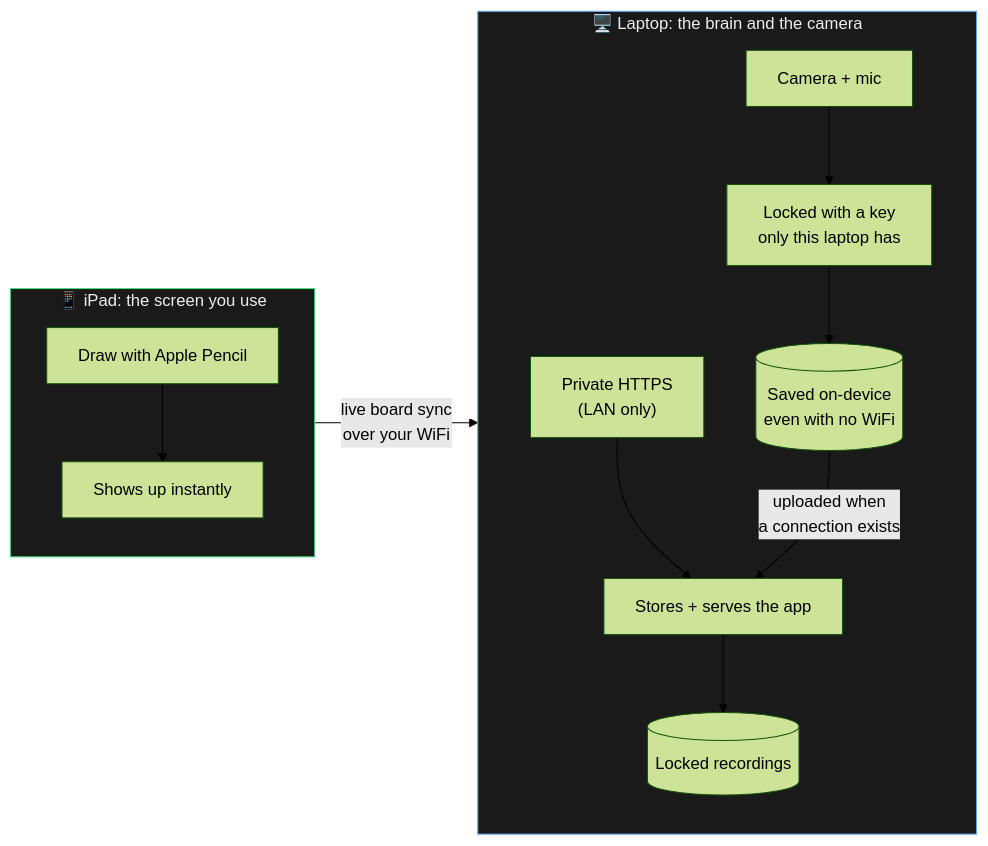
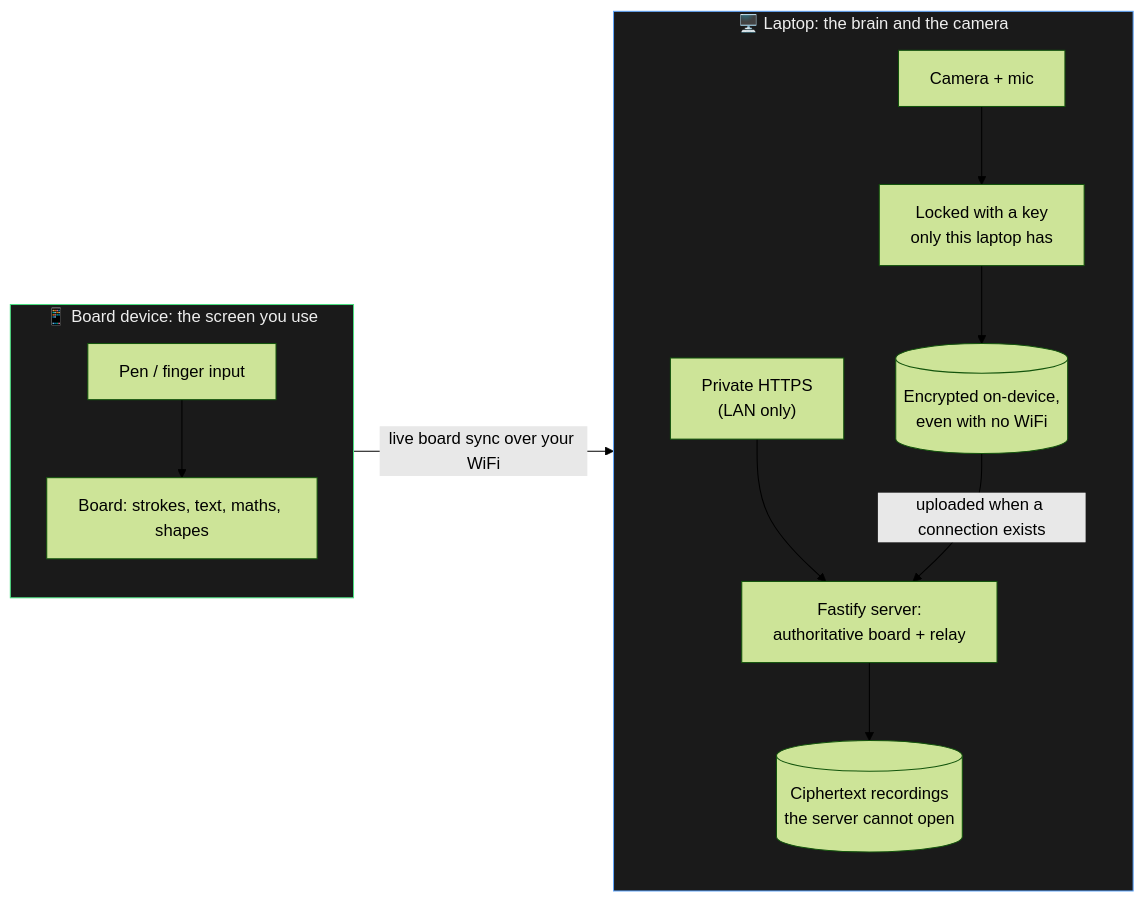
Before and after one commit to KevinTrinhDev/inkboard: the diagram in README.md, drawn with Mermaid (forest theme). The commit also changed other lines of this file, not shown here.

First line of the commit message:
README: rewrite with real screenshots, device/pen matrix, features

````diff
--- a/README.md
+++ b/README.md
@@ -97,23 +155,23 @@
 ```mermaid
 flowchart LR
-    subgraph iPad["📱 iPad: the screen you use"]
+    subgraph board["📱 Board device: the screen you use"]
         direction TB
-        pencil["Draw with Apple Pencil"] --> canvas["Shows up instantly"]
+        pen["Pen / finger input"] --> canvas["Board: strokes, text, maths, shapes"]
     end
 
     subgraph xps["🖥️ Laptop: the brain and the camera"]
         direction TB
         cam["Camera + mic"] --> lock["Locked with a key<br/>only this laptop has"]
-        lock --> queue[("Saved on-device<br/>even with no WiFi")]
-        caddy["Private HTTPS<br/>(LAN only)"] --> server["Stores + serves the app"]
-        server --> disk[("Locked recordings")]
+        lock --> queue[("Encrypted on-device,<br/>even with no WiFi")]
+        caddy["Private HTTPS<br/>(LAN only)"] --> server["Fastify server:<br/>authoritative board + relay"]
+        server --> disk[("Ciphertext recordings<br/>the server cannot open")]
     end
 
-    canvas -->|"live board sync<br/>over your WiFi"| caddy
-    queue -->|"uploaded when<br/>a connection exists"| server
+    canvas -->|"live board sync over your WiFi"| caddy
+    queue -->|"uploaded when a connection exists"| server
 
     classDef device fill:#1a1a1a,stroke:#4ade80,color:#eee
     classDef server fill:#1a1a1a,stroke:#60a5fa,color:#eee
-    class iPad device
+    class board device
     class xps server
 ```
````
